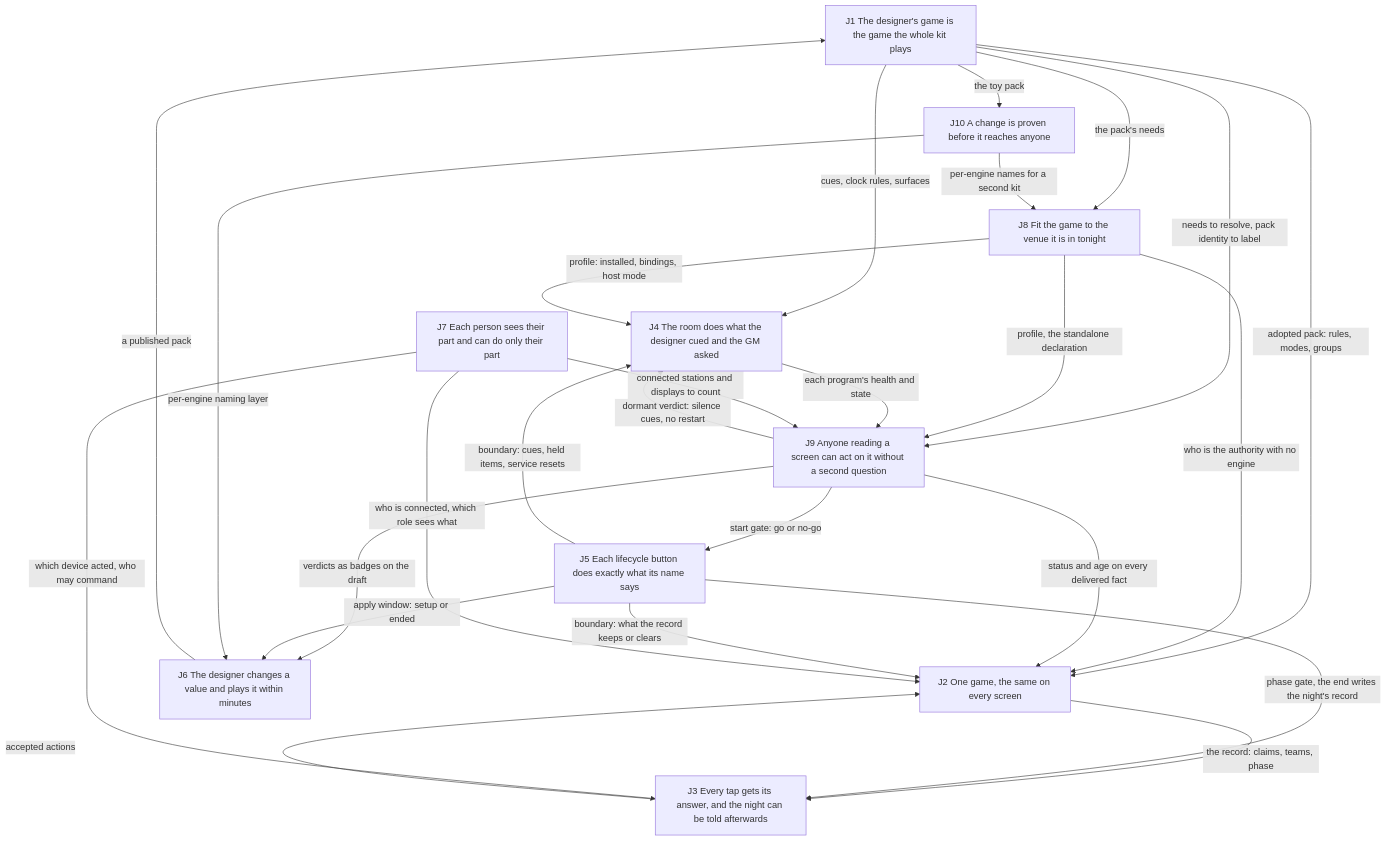
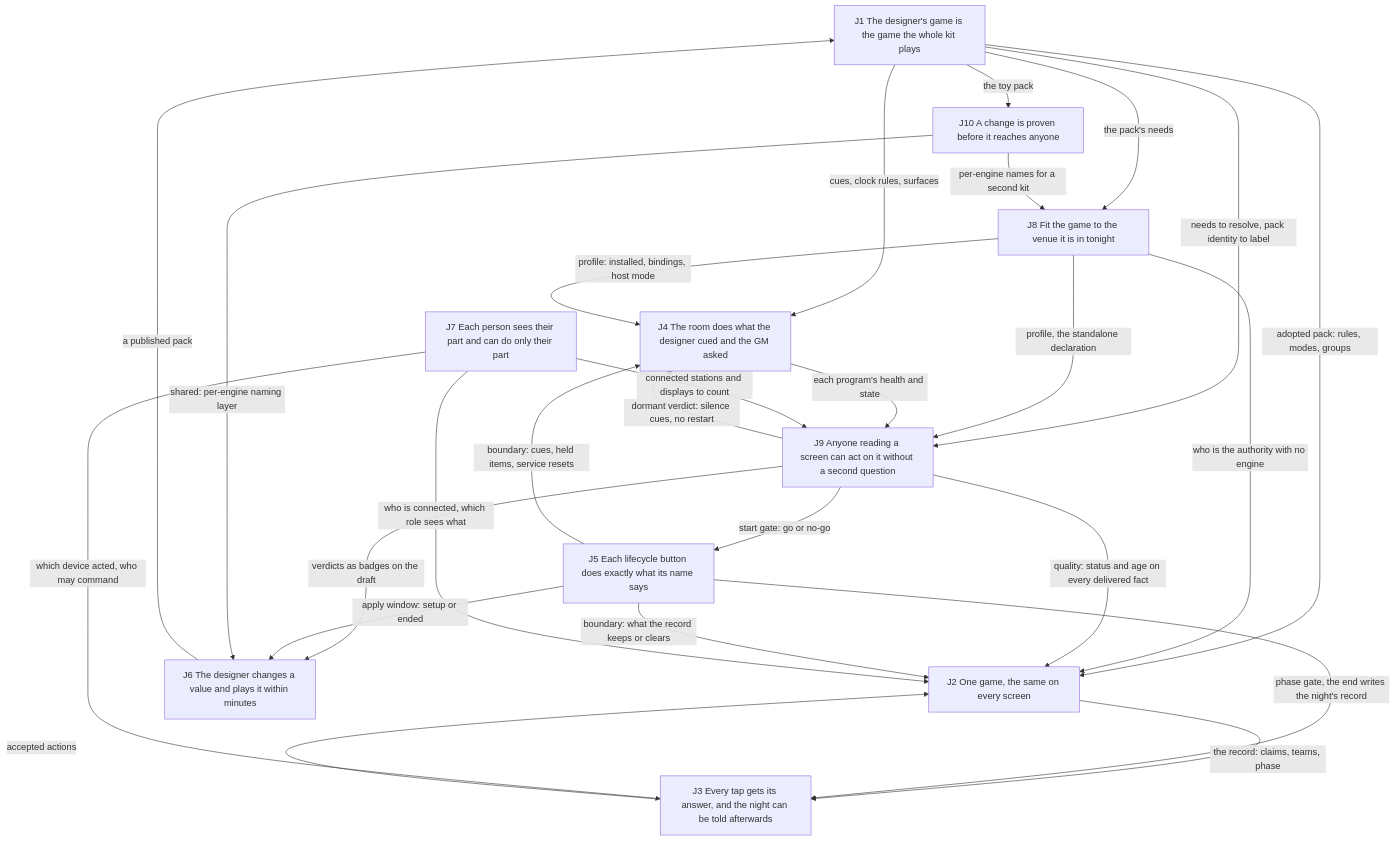
Before and after one commit to maxepunk/ALN-Ecosystem: the first of 3 diagrams in docs/plans/architecture-pass/2026-11-01-engine-shape.md, drawn with Mermaid. The commit also changed other lines of this file and 1 other file, not shown here.

First line of the commit message:
docs(architecture-pass): the engine shape with its check folded in (94 changes; workflow wf_5f2445a0-bac done) [skip ci]

````diff
--- a/docs/plans/architecture-pass/2026-11-01-engine-shape.md
+++ b/docs/plans/architecture-pass/2026-11-01-engine-shape.md
@@ -39,38 +39,38 @@
 ```mermaid
 flowchart TD
   J1["J1 The designer's game is the game the whole kit plays"]
   J2["J2 One game, the same on every screen"]
   J3["J3 Every tap gets its answer, and the night can be told afterwards"]
   J4["J4 The room does what the designer cued and the GM asked"]
   J5["J5 Each lifecycle button does exactly what its name says"]
   J6["J6 The designer changes a value and plays it within minutes"]
   J7["J7 Each person sees their part and can do only their part"]
   J8["J8 Fit the game to the venue it is in tonight"]
   J9["J9 Anyone reading a screen can act on it without a second question"]
   J10["J10 A change is proven before it reaches anyone"]
   J1 -->|"adopted pack: rules, modes, groups"| J2
   J1 -->|"cues, clock rules, surfaces"| J4
   J1 -->|"the pack's needs"| J8
   J1 -->|"needs to resolve, pack identity to label"| J9
   J1 -->|"the toy pack"| J10
   J6 -->|"a published pack"| J1
   J8 -->|"profile: installed, bindings, host mode"| J4
   J8 -->|"profile, the standalone declaration"| J9
   J8 -->|"who is the authority with no engine"| J2
   J4 -->|"each program's health and state"| J9
   J9 -->|"dormant verdict: silence cues, no restart"| J4
   J9 -->|"start gate: go or no-go"| J5
   J9 -->|"verdicts as badges on the draft"| J6
-  J9 -->|"status and age on every delivered fact"| J2
+  J9 -->|"quality: status and age on every delivered fact"| J2
   J2 -->|"the record: claims, teams, phase"| J3
   J3 -->|"accepted actions"| J2
   J5 -->|"boundary: what the record keeps or clears"| J2
   J5 -->|"boundary: cues, held items, service resets"| J4
   J5 -->|"phase gate, the end writes the night's record"| J3
   J5 -->|"apply window: setup or ended"| J6
   J7 -->|"who is connected, which role sees what"| J2
   J7 -->|"which device acted, who may command"| J3
   J7 -->|"connected stations and displays to count"| J9
-  J10 -->|"per-engine naming layer"| J6
+  J10 -->|"shared: per-engine naming layer"| J6
   J10 -->|"per-engine names for a second kit"| J8
 ```
````
